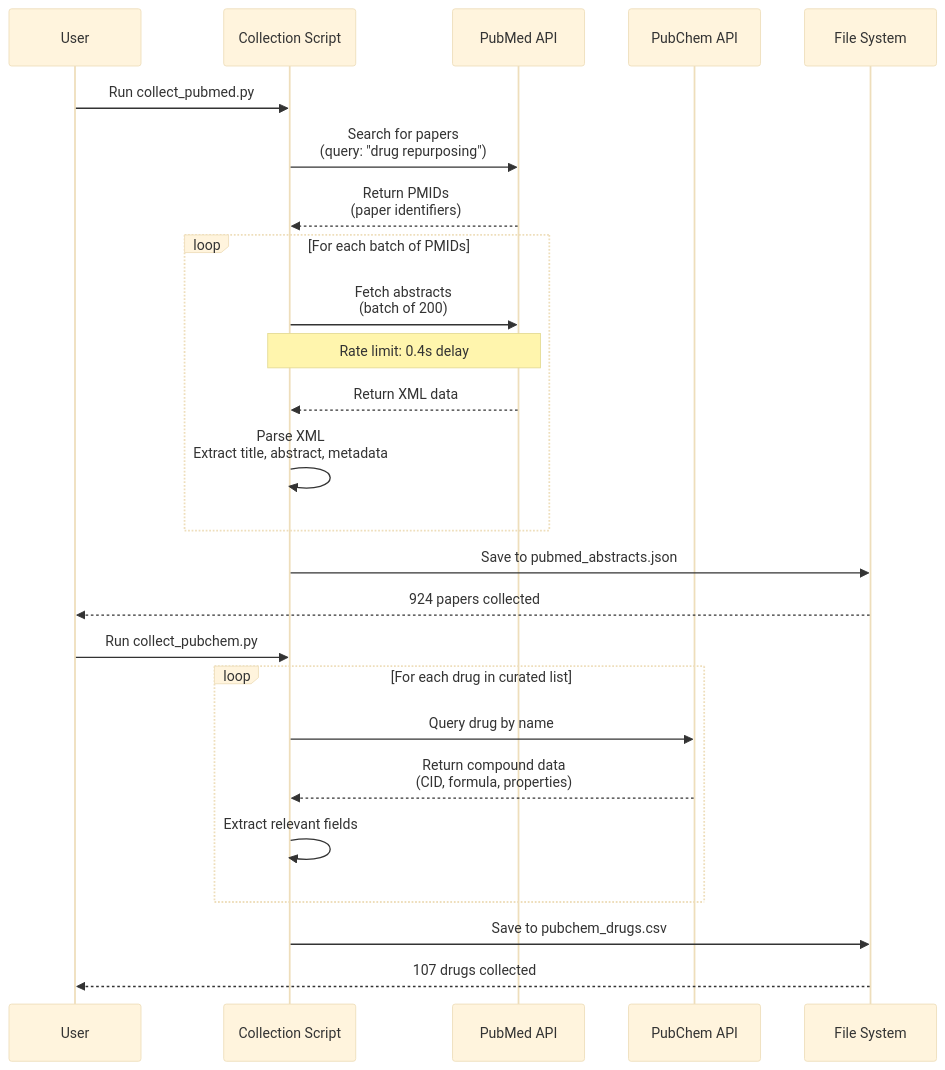
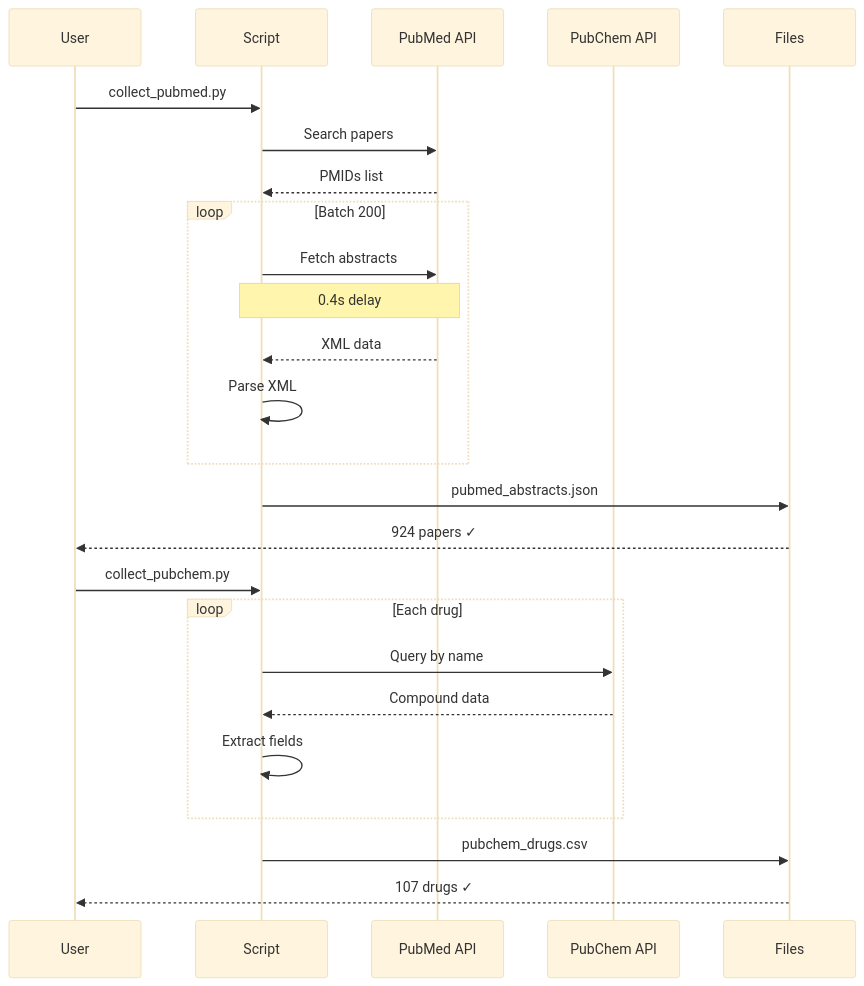
Before and after one commit to k1chik/workspace: the third of 7 diagrams in medical-kg-drug-repurposing/README.md, drawn with Mermaid (base theme). The commit also changed other lines of this file, not shown here.

First line of the commit message:
Update README with improved diagrams and current project status

````diff
--- a/medical-kg-drug-repurposing/README.md
+++ b/medical-kg-drug-repurposing/README.md
@@ -185,33 +281,33 @@
 ```mermaid
 sequenceDiagram
-    participant User
-    participant Script as Collection Script
-    participant PubMed as PubMed API
-    participant PubChem as PubChem API
-    participant Storage as File System
+    participant U as User
+    participant S as Script
+    participant PM as PubMed API
+    participant PC as PubChem API
+    participant F as Files
 
-    User->>Script: Run collect_pubmed.py
-    Script->>PubMed: Search for papers<br/>(query: "drug repurposing")
-    PubMed-->>Script: Return PMIDs<br/>(paper identifiers)
+    U->>S: collect_pubmed.py
+    S->>PM: Search papers
+    PM-->>S: PMIDs list
 
-    loop For each batch of PMIDs
-        Script->>PubMed: Fetch abstracts<br/>(batch of 200)
-        Note over Script,PubMed: Rate limit: 0.4s delay
-        PubMed-->>Script: Return XML data
-        Script->>Script: Parse XML<br/>Extract title, abstract, metadata
+    loop Batch 200
+        S->>PM: Fetch abstracts
+        Note over S,PM: 0.4s delay
+        PM-->>S: XML data
+        S->>S: Parse XML
     end
 
-    Script->>Storage: Save to pubmed_abstracts.json
-    Storage-->>User: 924 papers collected
+    S->>F: pubmed_abstracts.json
+    F-->>U: 924 papers ✓
 
-    User->>Script: Run collect_pubchem.py
+    U->>S: collect_pubchem.py
 
-    loop For each drug in curated list
-        Script->>PubChem: Query drug by name
-        PubChem-->>Script: Return compound data<br/>(CID, formula, properties)
-        Script->>Script: Extract relevant fields
+    loop Each drug
+        S->>PC: Query by name
+        PC-->>S: Compound data
+        S->>S: Extract fields
     end
 
-    Script->>Storage: Save to pubchem_drugs.csv
-    Storage-->>User: 107 drugs collected
+    S->>F: pubchem_drugs.csv
+    F-->>U: 107 drugs ✓
 ```
````
